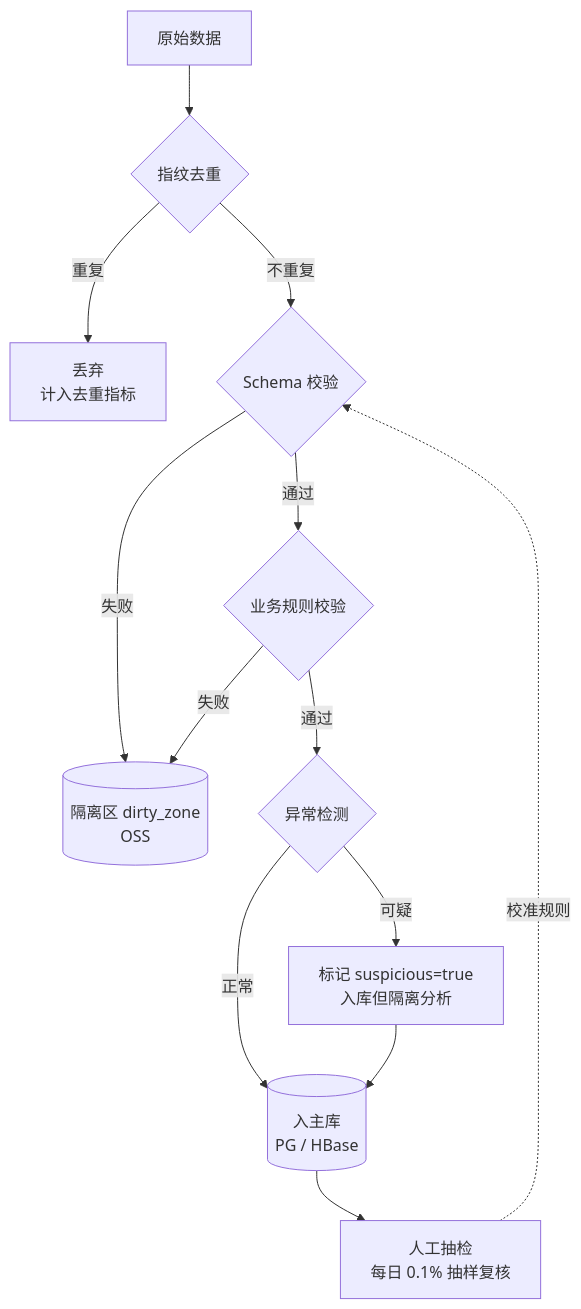
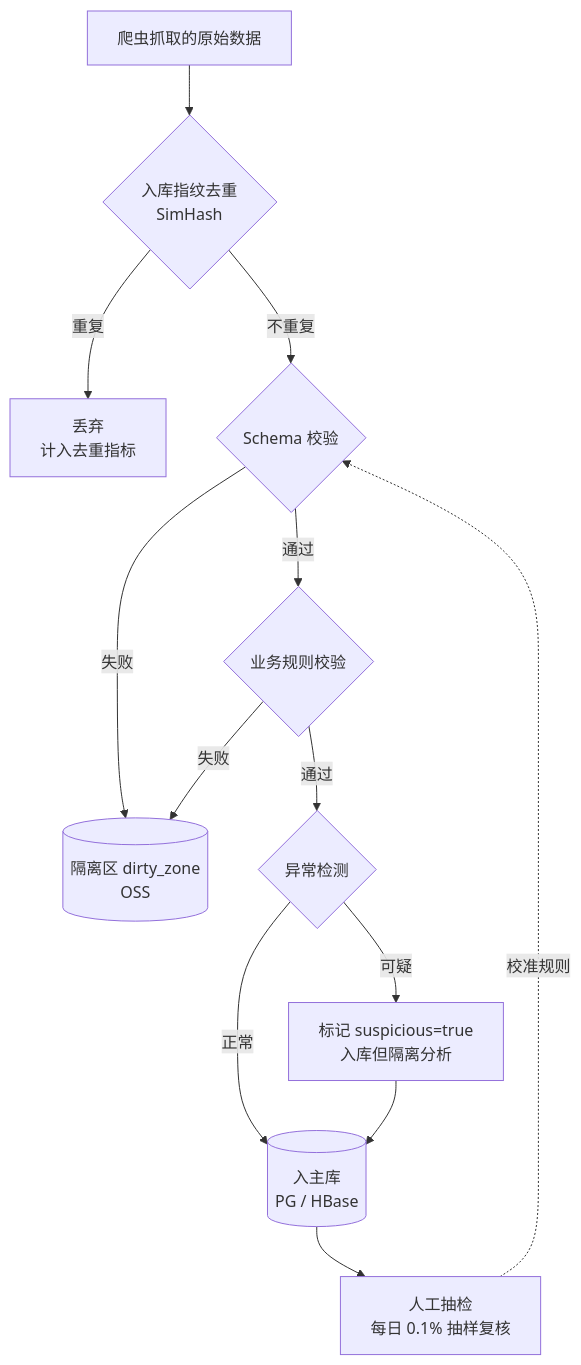
The fifth of 6 diagrams in 公司项目/认知作战/软件概要设计简述.md (Sj-g/obsidian), drawn with Mermaid before and after one commit. The commit also changed other lines of this file, not shown here.

````diff
--- a/公司项目/认知作战/软件概要设计简述.md
+++ b/公司项目/认知作战/软件概要设计简述.md
@@ -263,15 +343,15 @@
 ```mermaid
 flowchart TB
-    RAW["原始数据"] --> FP{"指纹去重"}
+    RAW["爬虫抓取的原始数据"] --> FP{"入库指纹去重<br/>SimHash"}
     FP -->|"重复"| DROP["丢弃<br/>计入去重指标"]
     FP -->|"不重复"| SC{"Schema 校验"}
     SC -->|"失败"| ISO[("隔离区 dirty_zone<br/>OSS")]
     SC -->|"通过"| BIZ{"业务规则校验"}
     BIZ -->|"失败"| ISO
     BIZ -->|"通过"| ANO{"异常检测"}
     ANO -->|"可疑"| MARK["标记 suspicious=true<br/>入库但隔离分析"]
     ANO -->|"正常"| DB[("入主库<br/>PG / HBase")]
     MARK --> DB
     DB --> CHECK["人工抽检<br/>每日 0.1% 抽样复核"]
     CHECK -.->|"校准规则"| SC
 ```
````
